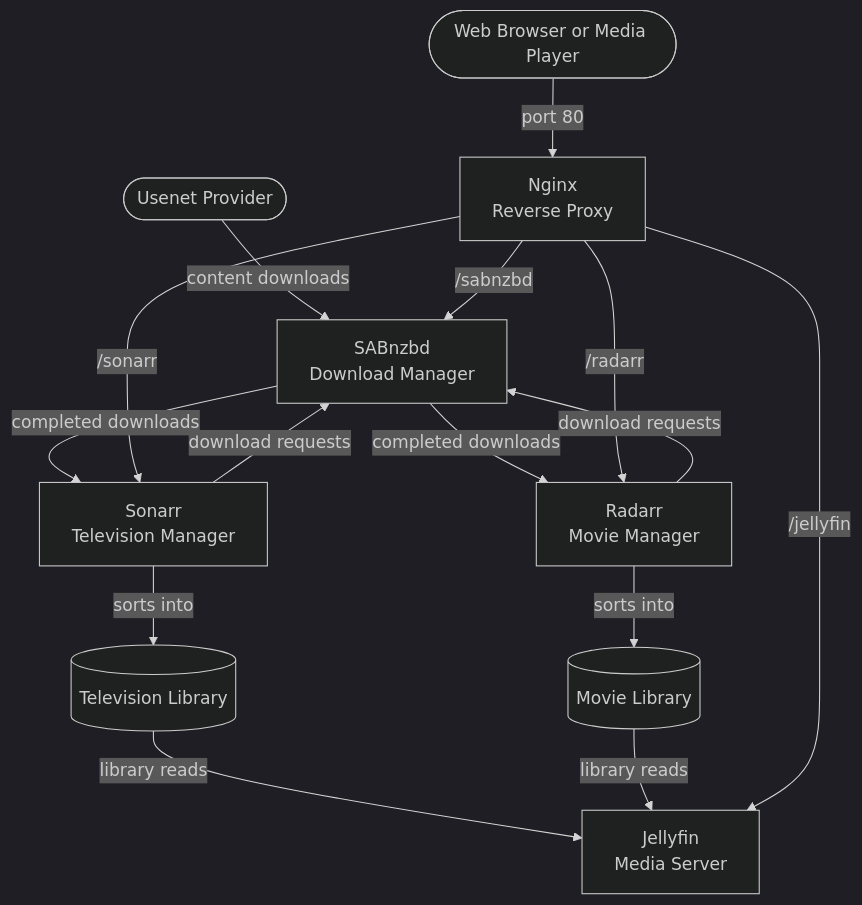
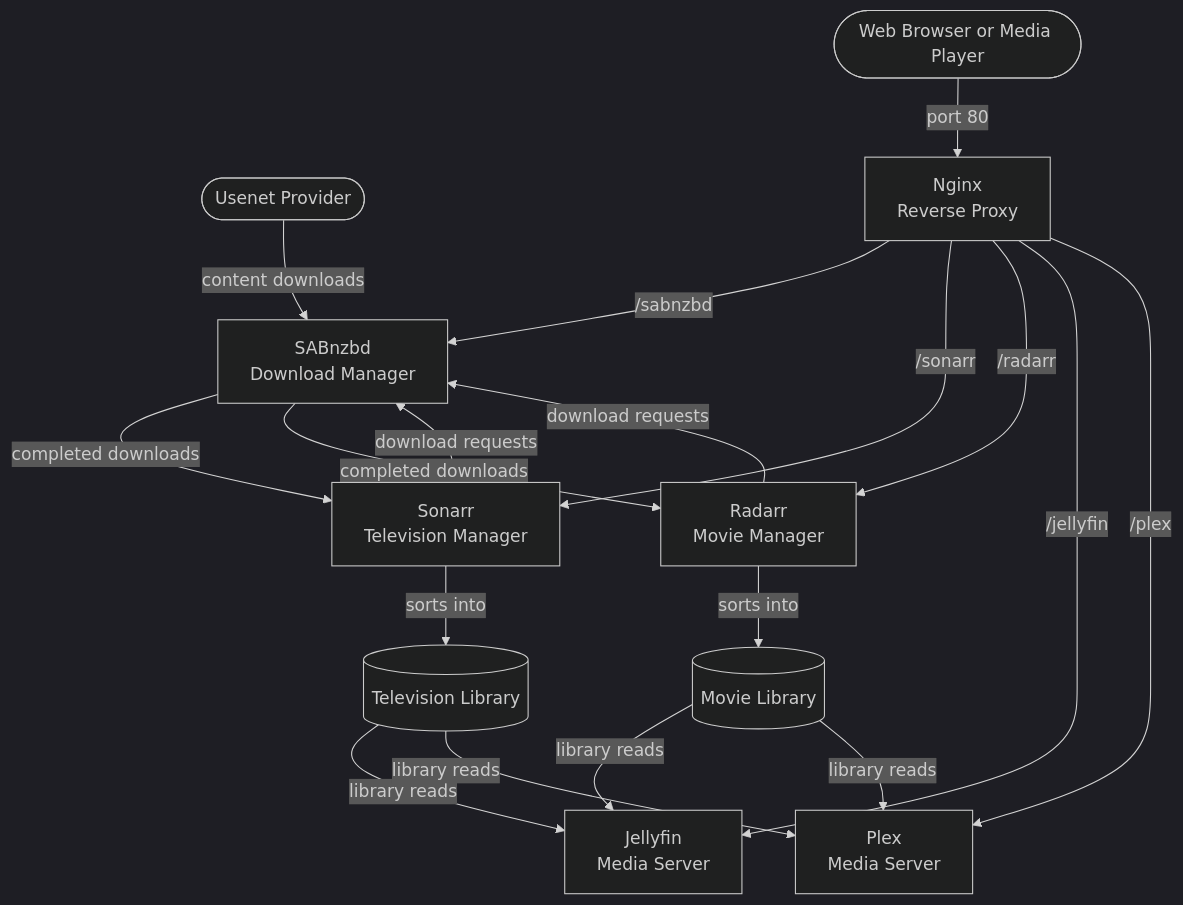
Before and after one commit to evinowen/bragi: the diagram in README.md, drawn with Mermaid (dark theme). The commit also changed 1 other file, not shown here.

Commit message:
Add Plex to Mermaid diagram and add diagram update step to CLAUDE.md

````diff
--- a/README.md
+++ b/README.md
@@ -20,27 +20,31 @@
 ```mermaid
 flowchart TD
     UP([Usenet Provider])
     SAB["SABnzbd\nDownload Manager"]
     SON["Sonarr\nTelevision Manager"]
     RAD["Radarr\nMovie Manager"]
     TL[("Television Library")]
     ML[("Movie Library")]
     JF["Jellyfin\nMedia Server"]
+    PL["Plex\nMedia Server"]
     NGX["Nginx\nReverse Proxy"]
     CLIENT([Web Browser or Media Player])
 
     UP -->|content downloads| SAB
     SON -->|download requests| SAB
     SAB -->|completed downloads| SON
     RAD -->|download requests| SAB
     SAB -->|completed downloads| RAD
     SON -->|sorts into| TL
     RAD -->|sorts into| ML
     TL -->|library reads| JF
     ML -->|library reads| JF
+    TL -->|library reads| PL
+    ML -->|library reads| PL
     CLIENT -->|port 80| NGX
     NGX -->|/sabnzbd| SAB
     NGX -->|/sonarr| SON
     NGX -->|/radarr| RAD
     NGX -->|/jellyfin| JF
+    NGX -->|/plex| PL
 ```
````
